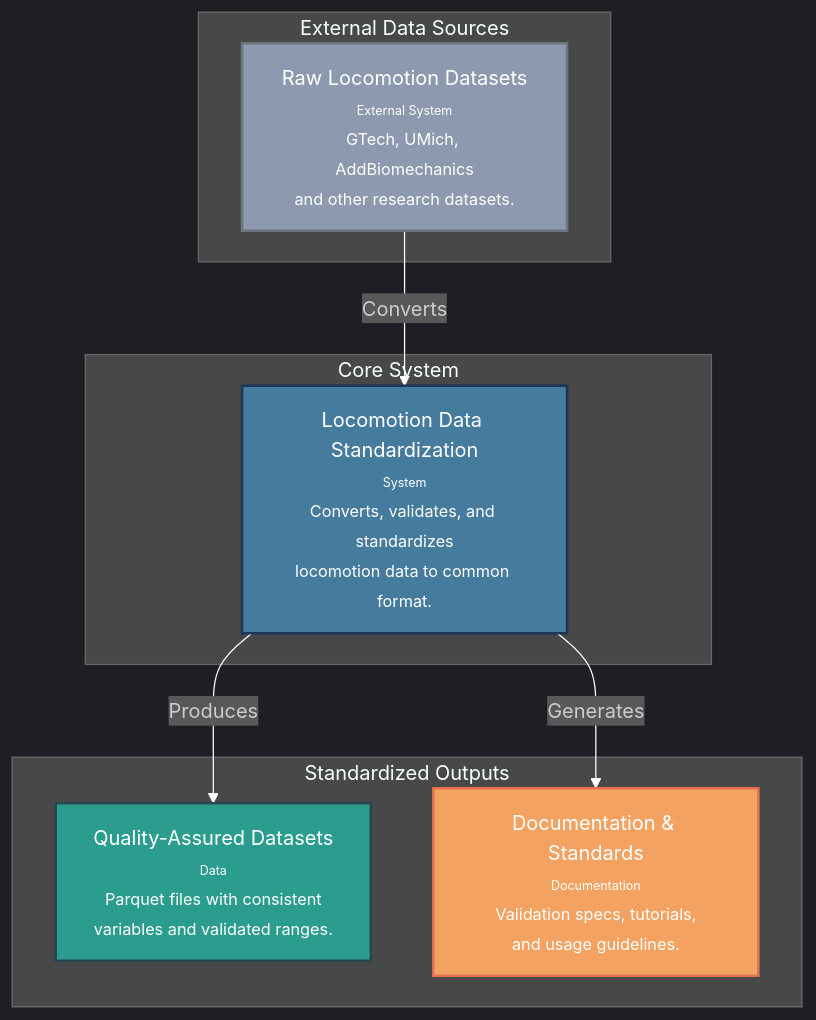
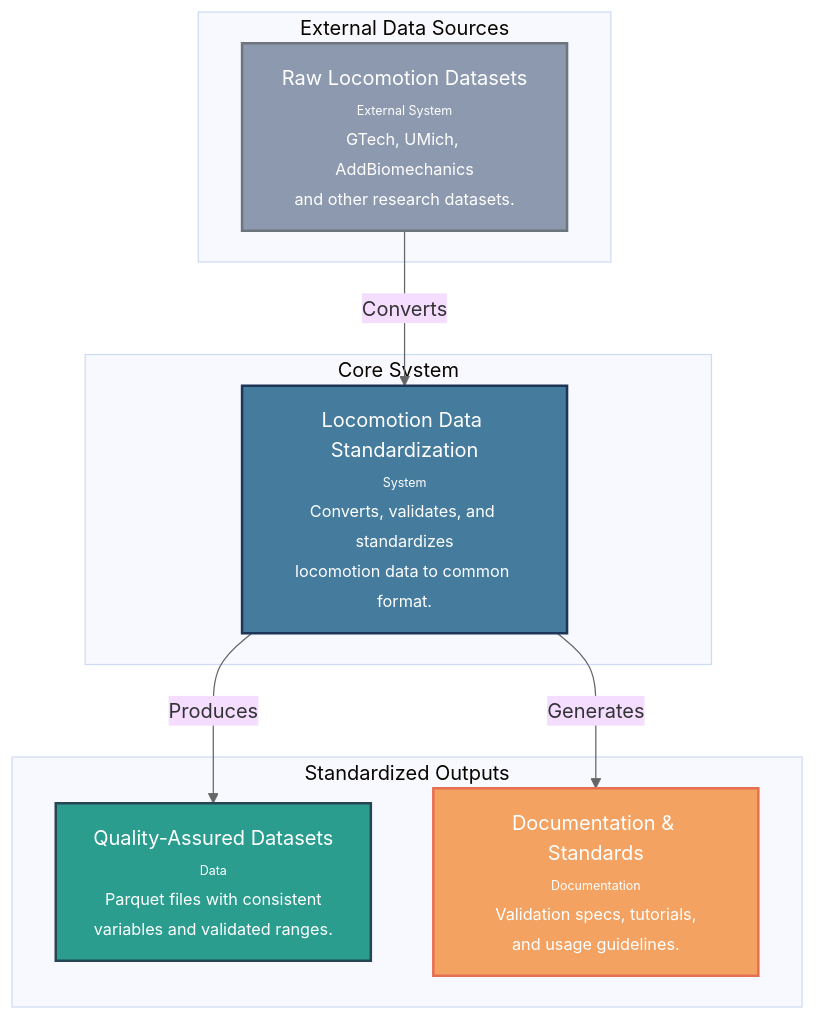
Before and after one commit to jmontp/LocoHub: the sixth of 7 diagrams in docs/maintainers/11_c4_context.md, drawn with Mermaid. The commit also changed other lines of this file and 4 other files, not shown here.

First line of the commit message:
Fix C4 diagram styling for theme compatibility

````diff
--- a/docs/maintainers/11_c4_context.md
+++ b/docs/maintainers/11_c4_context.md
@@ -206,28 +206,28 @@
 ```mermaid
-%%{init: {'theme': 'dark'}}%%
+%%{init: {'theme': 'base'}}%%
 graph TD
     subgraph "External Data Sources"
         raw["Raw Locomotion Datasets<br/><font size='-2'>External System</font><br/><font size='-1'>GTech, UMich, AddBiomechanics<br/>and other research datasets.</font>"]
     end
 
     subgraph "Core System"
         system["Locomotion Data Standardization<br/><font size='-2'>System</font><br/><font size='-1'>Converts, validates, and standardizes<br/>locomotion data to common format.</font>"]
     end
 
     subgraph "Standardized Outputs"
         datasets["Quality-Assured Datasets<br/><font size='-2'>Data</font><br/><font size='-1'>Parquet files with consistent<br/>variables and validated ranges.</font>"]
         docs["Documentation & Standards<br/><font size='-2'>Documentation</font><br/><font size='-1'>Validation specs, tutorials,<br/>and usage guidelines.</font>"]
     end
 
     raw -- "Converts" --> system
     system -- "Produces" --> datasets
     system -- "Generates" --> docs
     
     %% Styling
     style raw fill:#8d99ae,stroke:#6c757d,stroke-width:2px,color:#ffffff
     style system fill:#457b9d,stroke:#1d3557,stroke-width:2px,color:#ffffff
     style datasets fill:#2a9d8f,stroke:#264653,stroke-width:2px,color:#ffffff
     style docs fill:#f4a261,stroke:#e76f51,stroke-width:2px,color:#ffffff
     
-    linkStyle default stroke:white
+    linkStyle default stroke:#666
 ```
````
